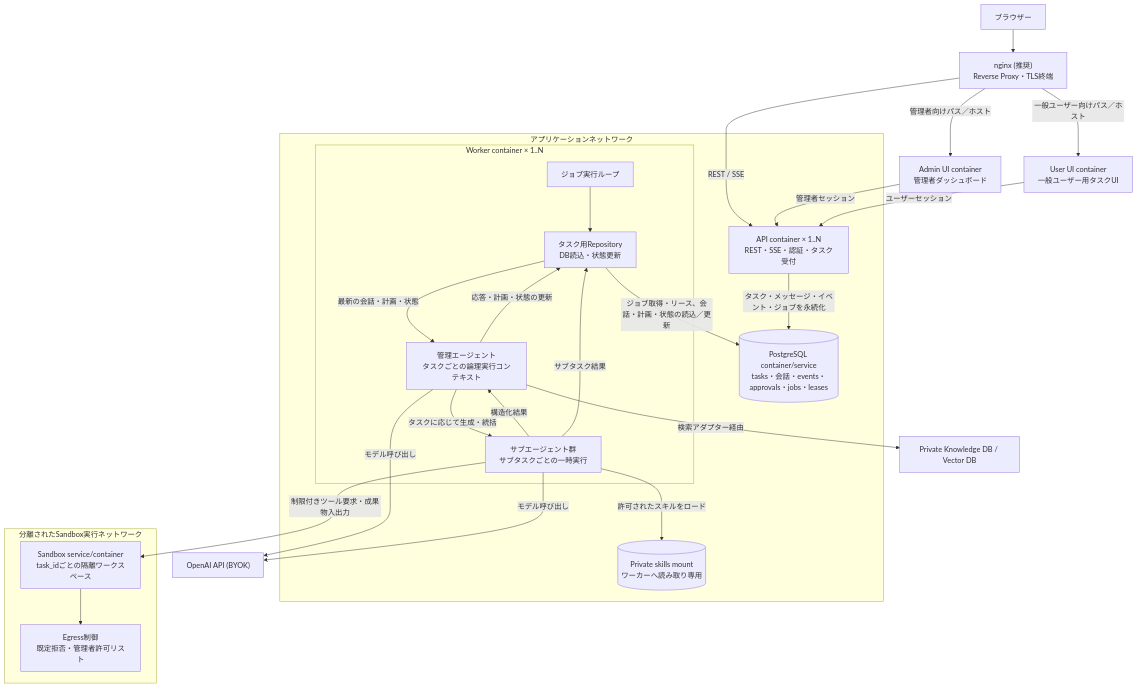
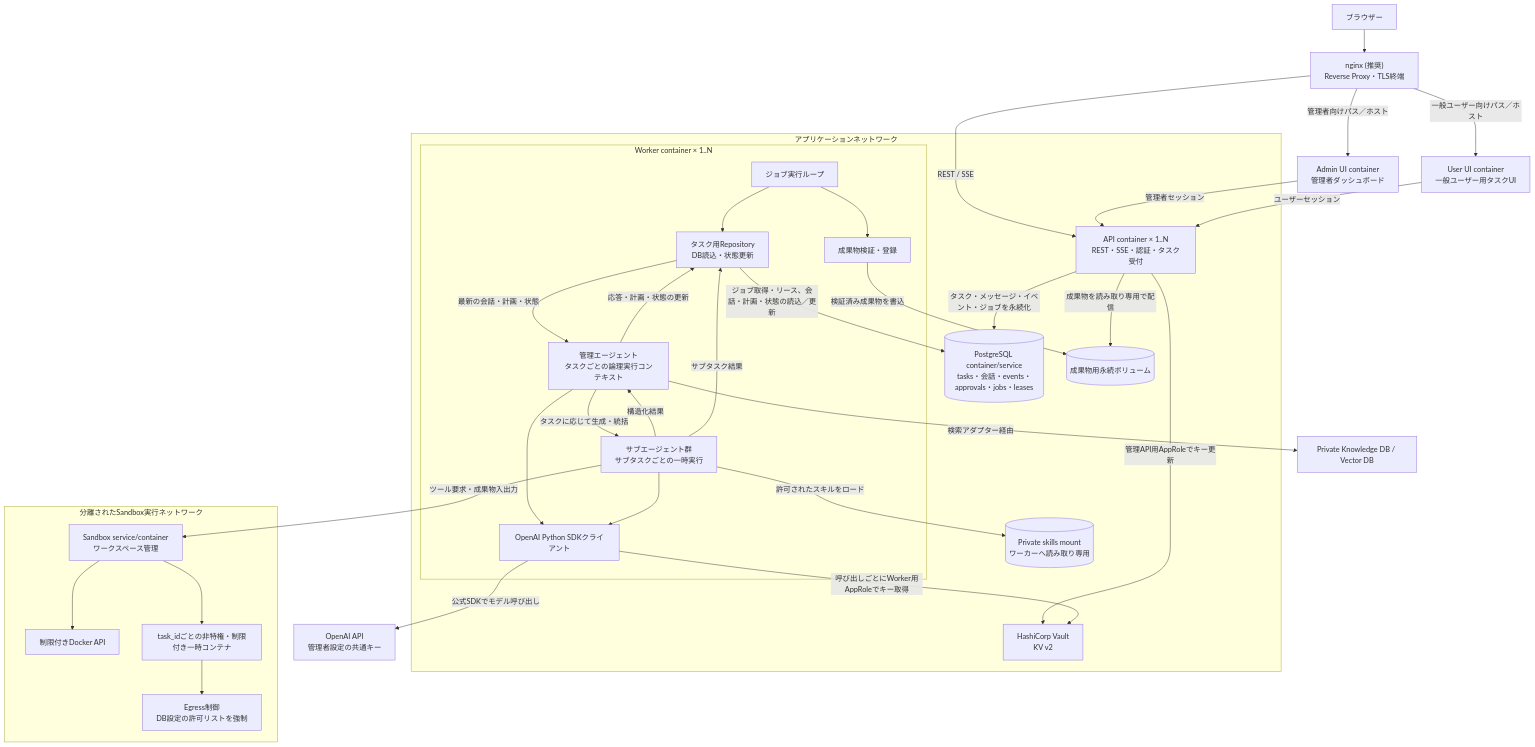
Before and after one commit to ryoma-jp/agent-orchestrator-core: the third of 5 diagrams in dev-jp/01_design.md, drawn with Mermaid. The commit also changed other lines of this file, not shown here.

````diff
--- a/dev-jp/01_design.md
+++ b/dev-jp/01_design.md
@@ -210,48 +216,62 @@
 ```mermaid
 flowchart TB
     Browser["ブラウザー"]
     Nginx["nginx (推奨)<br/>Reverse Proxy・TLS終端"]
     AdminUI["Admin UI container<br/>管理者ダッシュボード"]
     UserUI["User UI container<br/>一般ユーザー用タスクUI"]
 
     subgraph App["アプリケーションネットワーク"]
         API["API container × 1..N<br/>REST・SSE・認証・タスク受付"]
         subgraph Worker["Worker container × 1..N"]
             WorkerLoop["ジョブ実行ループ"]
             TaskRepository["タスク用Repository<br/>DB読込・状態更新"]
             Manager["管理エージェント<br/>タスクごとの論理実行コンテキスト"]
             Subagents["サブエージェント群<br/>サブタスクごとの一時実行"]
+            OpenAIClient["OpenAI Python SDKクライアント"]
+            ArtifactWriter["成果物検証・登録"]
             WorkerLoop --> TaskRepository
             TaskRepository -->|最新の会話・計画・状態| Manager
             Manager -->|応答・計画・状態の更新| TaskRepository
             Manager -->|タスクに応じて生成・統括| Subagents
             Subagents -->|構造化結果| Manager
             Subagents -->|サブタスク結果| TaskRepository
+            Manager --> OpenAIClient
+            Subagents --> OpenAIClient
+            WorkerLoop --> ArtifactWriter
         end
         PostgreSQL[("PostgreSQL container/service<br/>tasks・会話・events・approvals・jobs・leases")]
+        Vault["HashiCorp Vault<br/>KV v2"]
+        ArtifactStorage[("成果物用永続ボリューム")]
         PrivateSkills[("Private skills mount<br/>ワーカーへ読み取り専用")]
+        API -->|成果物を読み取り専用で配信| ArtifactStorage
+        ArtifactWriter -->|検証済み成果物を書込| ArtifactStorage
+        API -->|管理API用AppRoleでキー更新| Vault
     end
 
     subgraph SandboxNetwork["分離されたSandbox実行ネットワーク"]
-        Sandbox["Sandbox service/container<br/>task_idごとの隔離ワークスペース"]
-        Egress["Egress制御<br/>既定拒否・管理者許可リスト"]
-        Sandbox --> Egress
+        SandboxService["Sandbox service/container<br/>ワークスペース管理"]
+        LimitedDockerAPI["制限付きDocker API"]
+        TaskSandbox["task_idごとの非特権・制限付き一時コンテナ"]
+        Egress["Egress制御<br/>DB設定の許可リストを強制"]
+        SandboxService --> LimitedDockerAPI
+        SandboxService --> TaskSandbox
+        TaskSandbox --> Egress
     end
 
-    OpenAI["OpenAI API (BYOK)"]
+    OpenAI["OpenAI API<br/>管理者設定の共通キー"]
     Knowledge["Private Knowledge DB / Vector DB"]
 
     Browser --> Nginx
     Nginx -->|管理者向けパス／ホスト| AdminUI
     Nginx -->|一般ユーザー向けパス／ホスト| UserUI
     Nginx -->|REST / SSE| API
     AdminUI -->|管理者セッション| API
     UserUI -->|ユーザーセッション| API
     API -->|タスク・メッセージ・イベント・ジョブを永続化| PostgreSQL
     TaskRepository -->|ジョブ取得・リース、会話・計画・状態の読込／更新| PostgreSQL
-    Manager -->|モデル呼び出し| OpenAI
-    Subagents -->|モデル呼び出し| OpenAI
+    OpenAIClient -->|呼び出しごとにWorker用AppRoleでキー取得| Vault
+    OpenAIClient -->|公式SDKでモデル呼び出し| OpenAI
     Subagents -->|許可されたスキルをロード| PrivateSkills
-    Subagents -->|制限付きツール要求・成果物入出力| Sandbox
+    Subagents -->|ツール要求・成果物入出力| SandboxService
     Manager -->|検索アダプター経由| Knowledge
 ```
````
